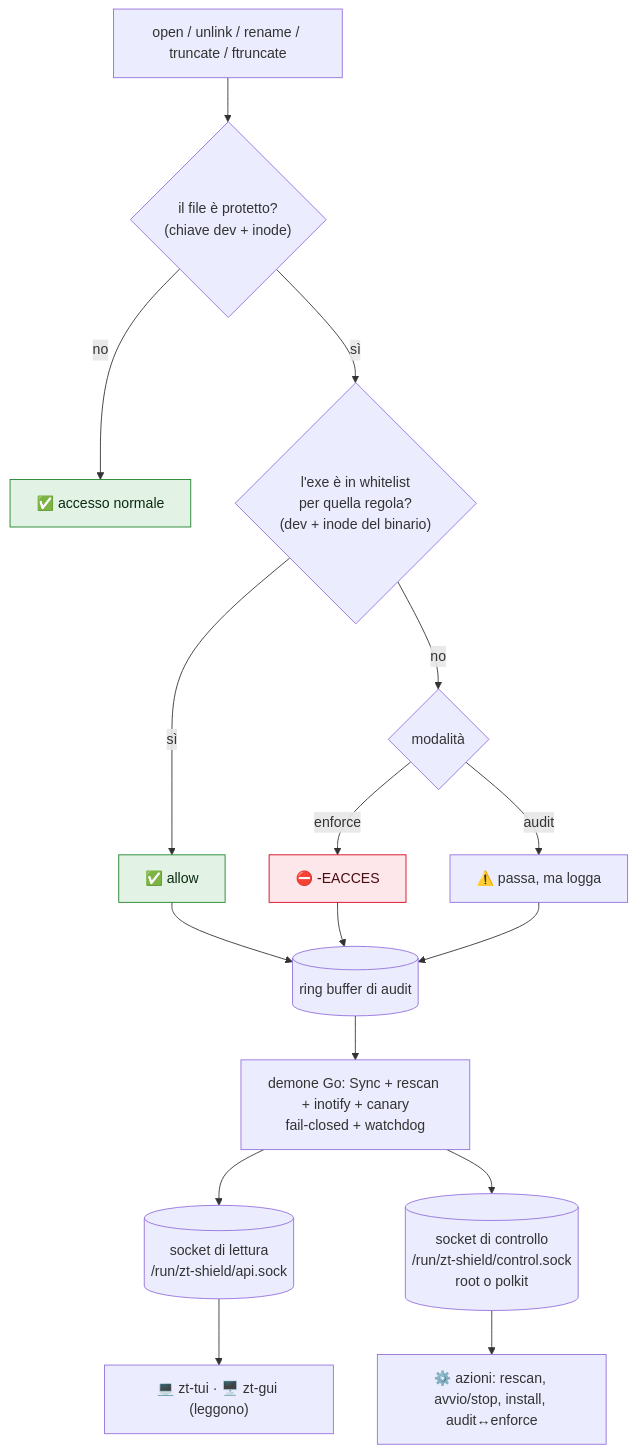
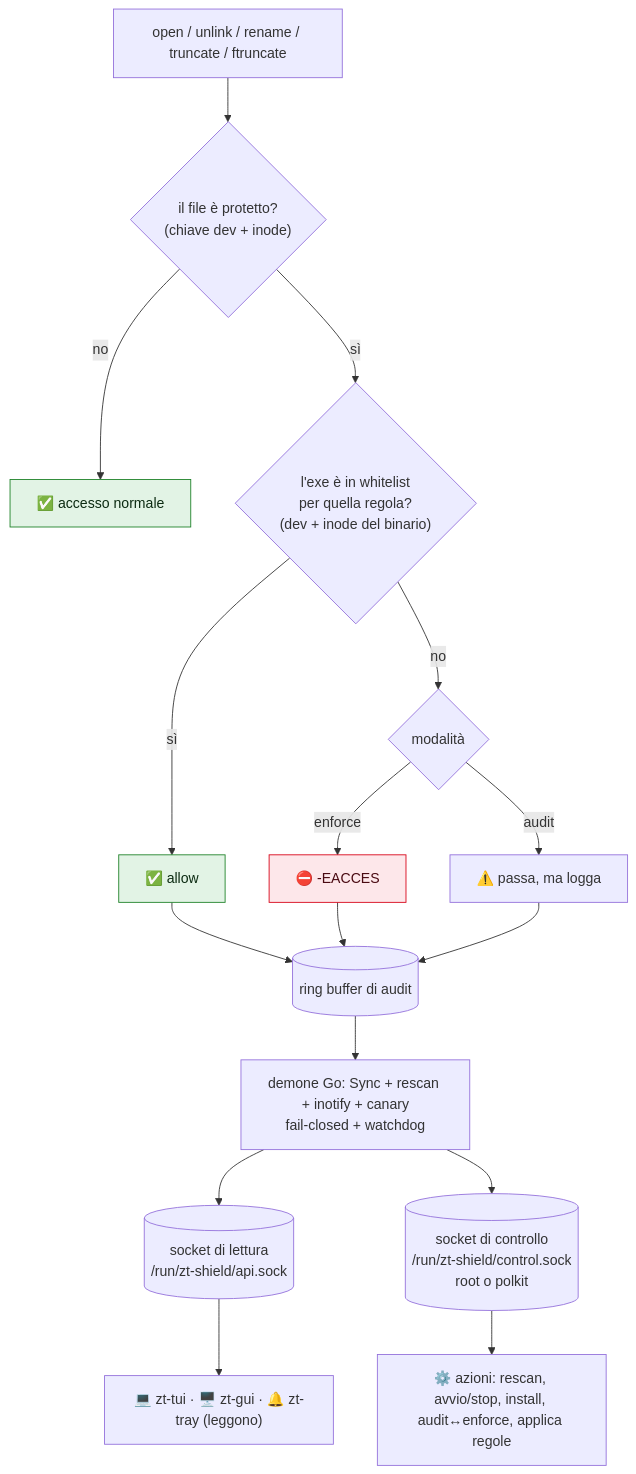
Before and after one commit to ZioZoni95/ZeroShield: the second of 2 diagrams in README.md, drawn with Mermaid. The commit also changed other lines of this file and 8 other files, not shown here.

````diff
--- a/README.md
+++ b/README.md
@@ -146,20 +146,20 @@
 ```mermaid
 flowchart TD
     OP["open / unlink / rename / truncate / ftruncate"] --> PROT{"il file è protetto?<br/>(chiave dev + inode)"}
     PROT -- "no" --> OK["✅ accesso normale"]
     PROT -- "sì" --> WL{"l'exe è in whitelist<br/>per quella regola?<br/>(dev + inode del binario)"}
     WL -- "sì" --> ALLOW["✅ allow"]
     WL -- "no" --> MODE{"modalità"}
     MODE -- "enforce" --> DENY["⛔ -EACCES"]
     MODE -- "audit" --> LOG["⚠️ passa, ma logga"]
     ALLOW & DENY & LOG --> RING[("ring buffer di audit")]
     RING --> DAEMON["demone Go: Sync + rescan + inotify + canary<br/>fail-closed + watchdog"]
     DAEMON --> SOCK[("socket di lettura<br/>/run/zt-shield/api.sock")]
     DAEMON --> CTRL[("socket di controllo<br/>/run/zt-shield/control.sock<br/>root o polkit")]
-    SOCK --> UI["💻 zt-tui · 🖥️ zt-gui (leggono)"]
-    CTRL --> ACT["⚙️ azioni: rescan, avvio/stop, install, audit↔enforce"]
+    SOCK --> UI["💻 zt-tui · 🖥️ zt-gui · 🔔 zt-tray (leggono)"]
+    CTRL --> ACT["⚙️ azioni: rescan, avvio/stop, install, audit↔enforce, applica regole"]
     classDef deny fill:#fde7ea,stroke:#d70015,color:#4a0a12;
     classDef ok fill:#e2f3e5,stroke:#1d8127,color:#0c2b12;
     class DENY deny;
     class OK,ALLOW ok;
 ```
````
